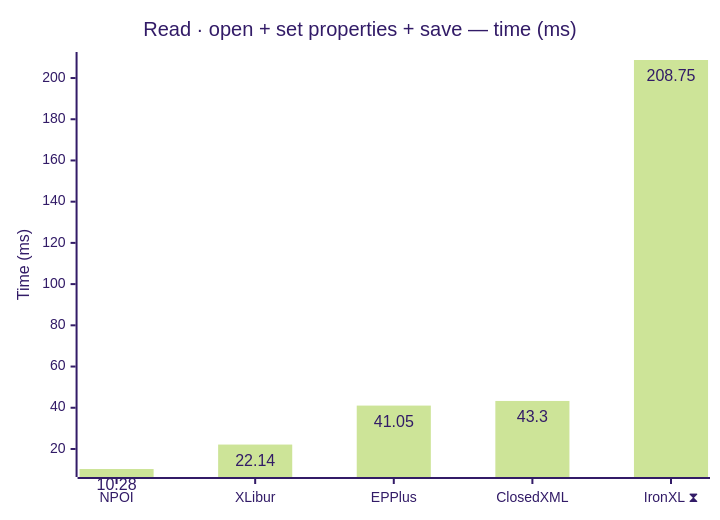
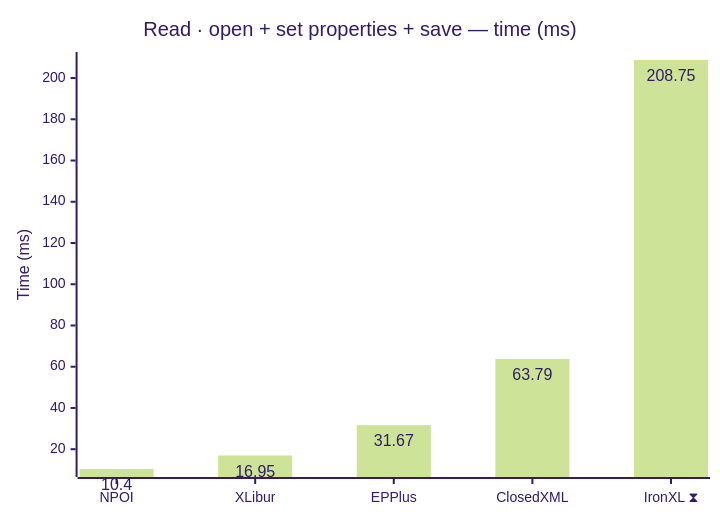
Before and after one commit to jafin/XLBench: the first of 12 diagrams in docs/results-ci.md, drawn with Mermaid (forest theme). The commit also changed other lines of this file, not shown here.

````diff
--- a/docs/results-ci.md
+++ b/docs/results-ci.md
@@ -41,12 +41,12 @@
 ```mermaid
 ---
 config:
   xyChart:
     showDataLabel: true
 ---
 xychart-beta
     title "Read · open + set properties + save — time (ms)"
     x-axis ["NPOI", "XLibur", "EPPlus", "ClosedXML", "IronXL ⧗"]
     y-axis "Time (ms)"
-    bar [10.28, 22.14, 41.05, 43.3, 208.75]
+    bar [10.4, 16.95, 31.67, 63.79, 208.75]
 ```
````
